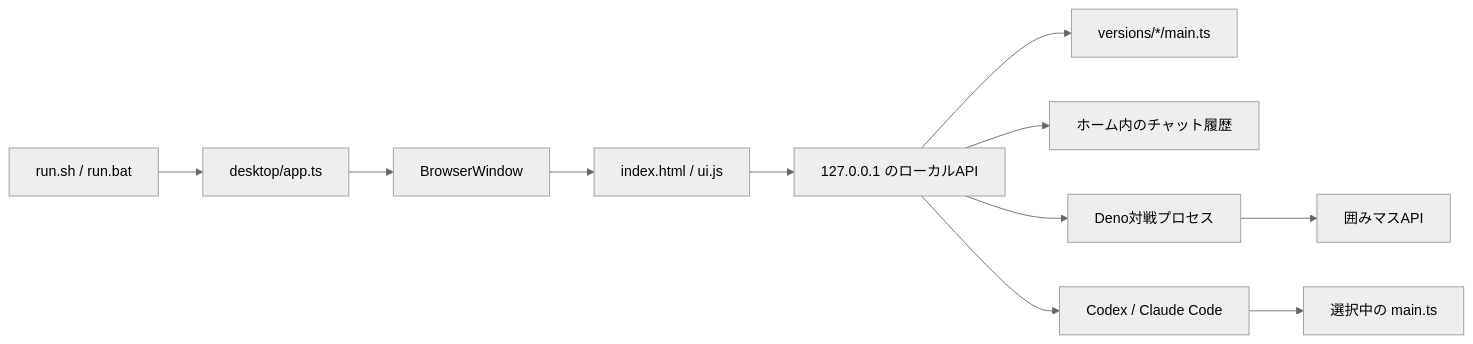
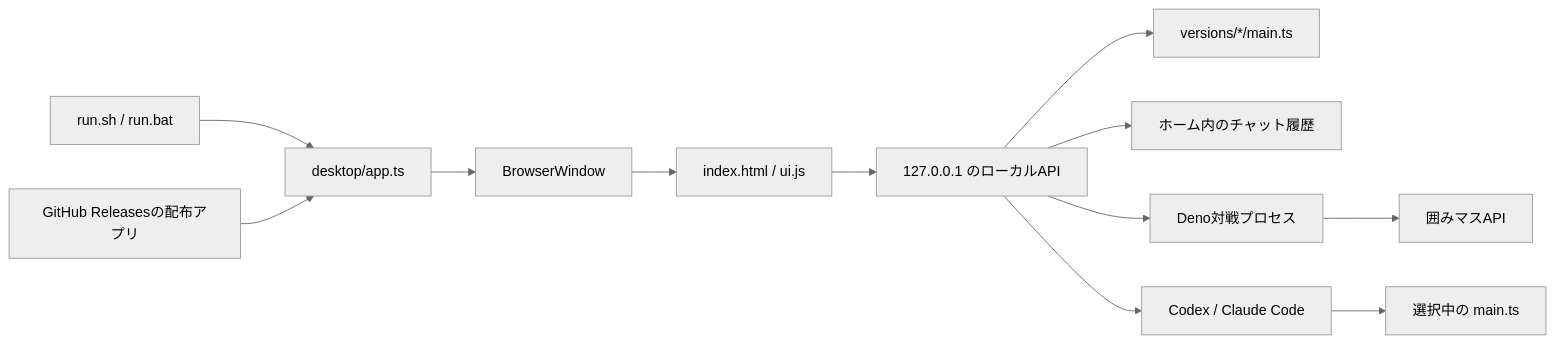
The diagram in docs/architecture.md (kakomimasu/kakomi-code), drawn with Mermaid (neutral theme) before and after one commit. The commit also changed other lines of this file and 19 other files, not shown here.

````diff
--- a/docs/architecture.md
+++ b/docs/architecture.md
@@ -9,13 +9,14 @@
 ```mermaid
 flowchart LR
   Launcher[run.sh / run.bat] --> App[desktop/app.ts]
+  Release[GitHub Releasesの配布アプリ] --> App
   App --> Window[BrowserWindow]
   Window --> UI[index.html / ui.js]
   UI --> LocalAPI[127.0.0.1 のローカルAPI]
   LocalAPI --> Versions[versions/*/main.ts]
   LocalAPI --> History[ホーム内のチャット履歴]
   LocalAPI --> Match[Deno対戦プロセス]
   LocalAPI --> Agent[Codex / Claude Code]
   Match --> Kakomimasu[囲みマスAPI]
   Agent --> SelectedMain[選択中の main.ts]
 ```
````
